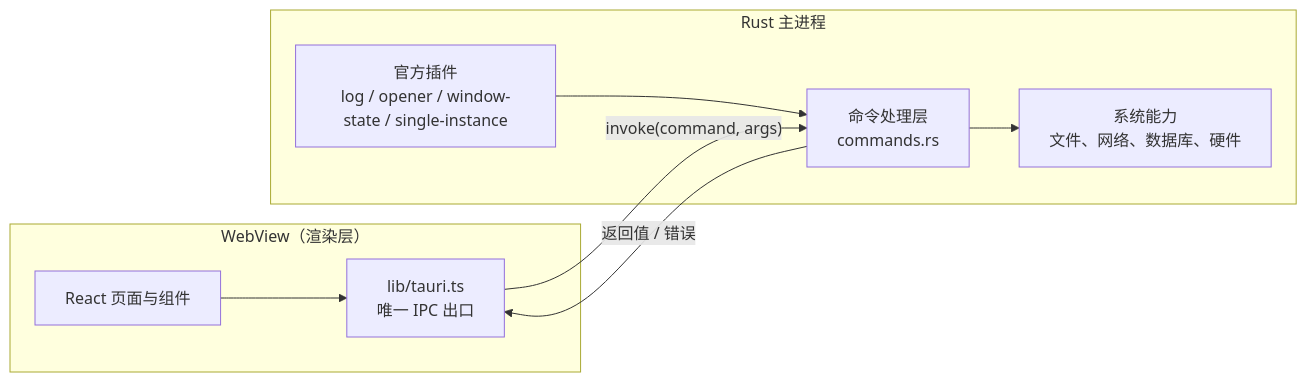
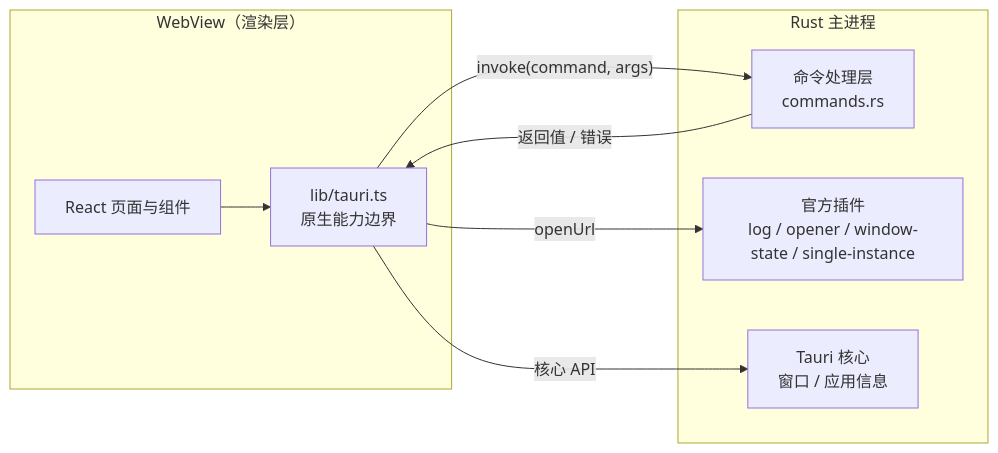
Before and after one commit to YanChao001/tauri-desktop-starter: the diagram in docs/architecture.md, drawn with Mermaid. The commit also changed other lines of this file and 58 other files, not shown here.

````diff
--- a/docs/architecture.md
+++ b/docs/architecture.md
@@ -9,19 +9,19 @@
 ```mermaid
 flowchart LR
   subgraph web["WebView（渲染层）"]
     UI["React 页面与组件"]
-    IPC["lib/tauri.ts<br/>唯一 IPC 出口"]
+    IPC["lib/tauri.ts<br/>原生能力边界"]
     UI --> IPC
   end
 
   subgraph rust["Rust 主进程"]
     CMD["命令处理层<br/>commands.rs"]
     PLUGIN["官方插件<br/>log / opener / window-state / single-instance"]
-    SYS["系统能力<br/>文件、网络、数据库、硬件"]
+    CORE["Tauri 核心<br/>窗口 / 应用信息"]
   end
 
   IPC -- "invoke(command, args)" --> CMD
   CMD -- "返回值 / 错误" --> IPC
-  CMD --> SYS
-  PLUGIN --> CMD
+  IPC -- "核心 API" --> CORE
+  IPC -- "openUrl" --> PLUGIN
 ```
````
